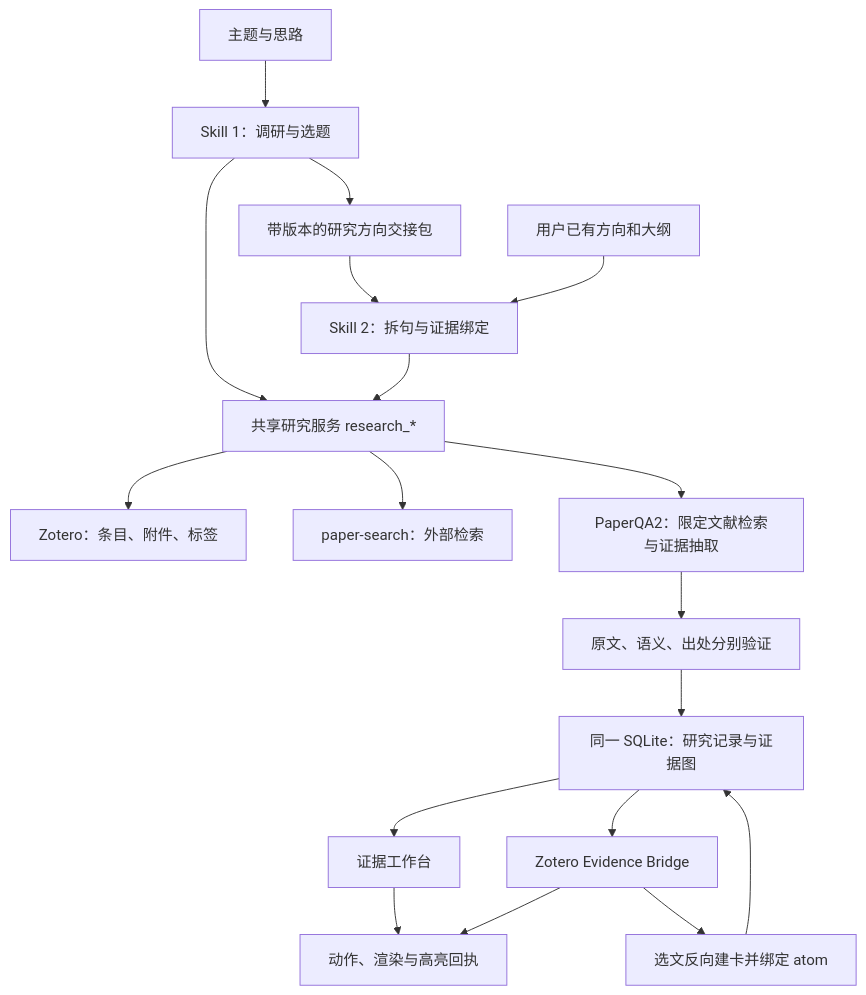
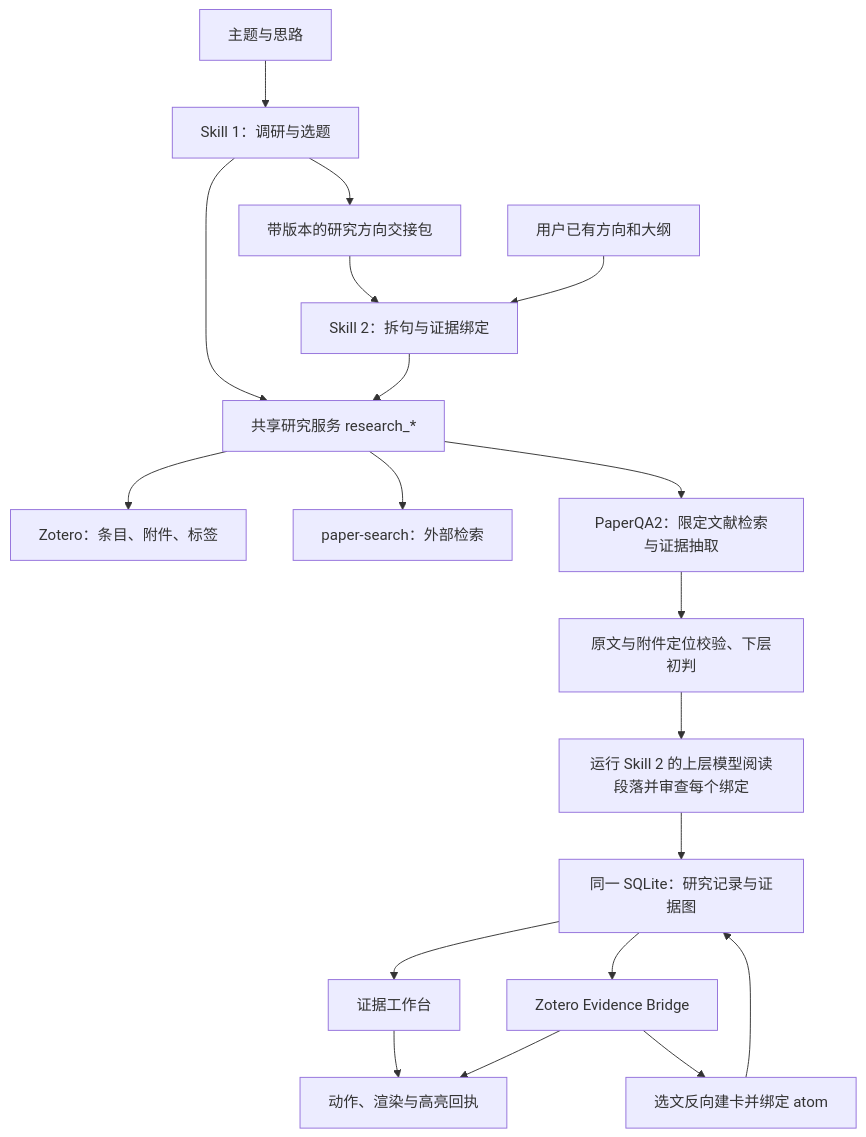
The diagram in docs/design/research-skills-v1/PLAN.md (qyw23AI/SearchTools), drawn with Mermaid before and after one commit. The commit also changed other lines of this file and 36 other files, not shown here.

````diff
--- a/docs/design/research-skills-v1/PLAN.md
+++ b/docs/design/research-skills-v1/PLAN.md
@@ -39,20 +41,21 @@
 ```mermaid
 flowchart TD
     A[主题与思路] --> S1[Skill 1：调研与选题]
     S1 --> H[带版本的研究方向交接包]
     H --> S2[Skill 2：拆句与证据绑定]
     B[用户已有方向和大纲] --> S2
     S1 --> R[共享研究服务 research_*]
     S2 --> R
     R --> Z[Zotero：条目、附件、标签]
     R --> P[paper-search：外部检索]
     R --> Q[PaperQA2：限定文献检索与证据抽取]
-    Q --> V[原文、语义、出处分别验证]
+    Q --> L[原文与附件定位校验、下层初判]
+    L --> V[运行 Skill 2 的上层模型阅读段落并审查每个绑定]
     V --> DB[同一 SQLite：研究记录与证据图]
     DB --> W[证据工作台]
     DB --> E[Zotero Evidence Bridge]
     W --> ACK[动作、渲染与高亮回执]
     E --> ACK
     E --> C[选文反向建卡并绑定 atom]
     C --> DB
 ```
````
